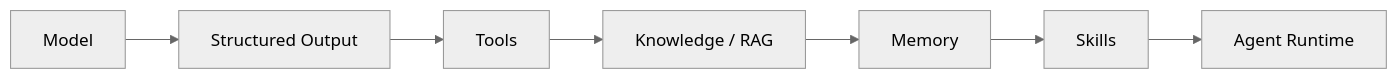
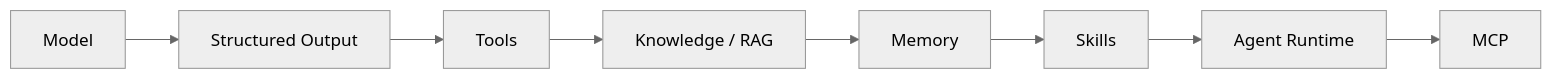
One commit to cagridursun/agentic-developer-handbook changed the diagram in README.md. Above: the diagram before and after it, drawn with Mermaid (neutral theme). The commit also changed other lines of this file and 56 other files, not shown here.

````diff
--- a/README.md
+++ b/README.md
@@ -21,4 +21,4 @@
 ```mermaid
 flowchart LR
-    model["Model"] --> structured["Structured Output"] --> tools["Tools"] --> knowledge["Knowledge / RAG"] --> memory["Memory"] --> skills["Skills"] --> runtime["Agent Runtime"]
+    model["Model"] --> structured["Structured Output"] --> tools["Tools"] --> knowledge["Knowledge / RAG"] --> memory["Memory"] --> skills["Skills"] --> runtime["Agent Runtime"] --> mcp["MCP"]
 ```
````
